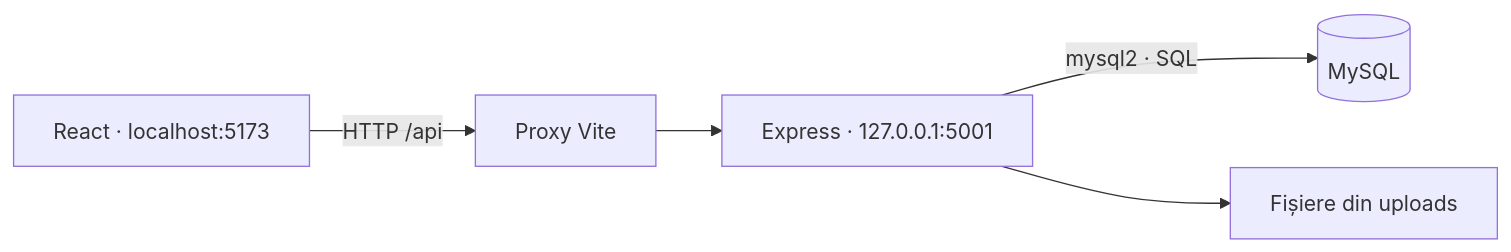
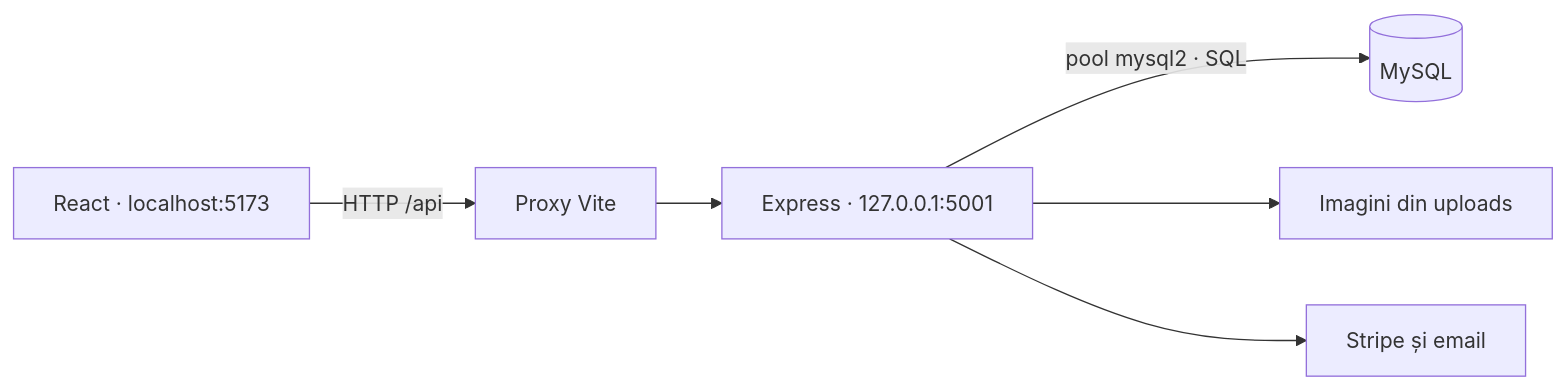
Before and after one commit to Rby9/Licenta: the diagram in docs/STRUCTURA.md, drawn with Mermaid. The commit also changed other lines of this file and 2 other files, not shown here.

````diff
--- a/docs/STRUCTURA.md
+++ b/docs/STRUCTURA.md
@@ -5,7 +5,8 @@
 ```mermaid
 flowchart LR
     A[React · localhost:5173] -->|HTTP /api| B[Proxy Vite]
     B --> C[Express · 127.0.0.1:5001]
-    C -->|mysql2 · SQL| D[(MySQL)]
-    C --> E[Fișiere din uploads]
+    C -->|pool mysql2 · SQL| D[(MySQL)]
+    C --> E[Imagini din uploads]
+    C --> F[Stripe și email]
 ```
````
